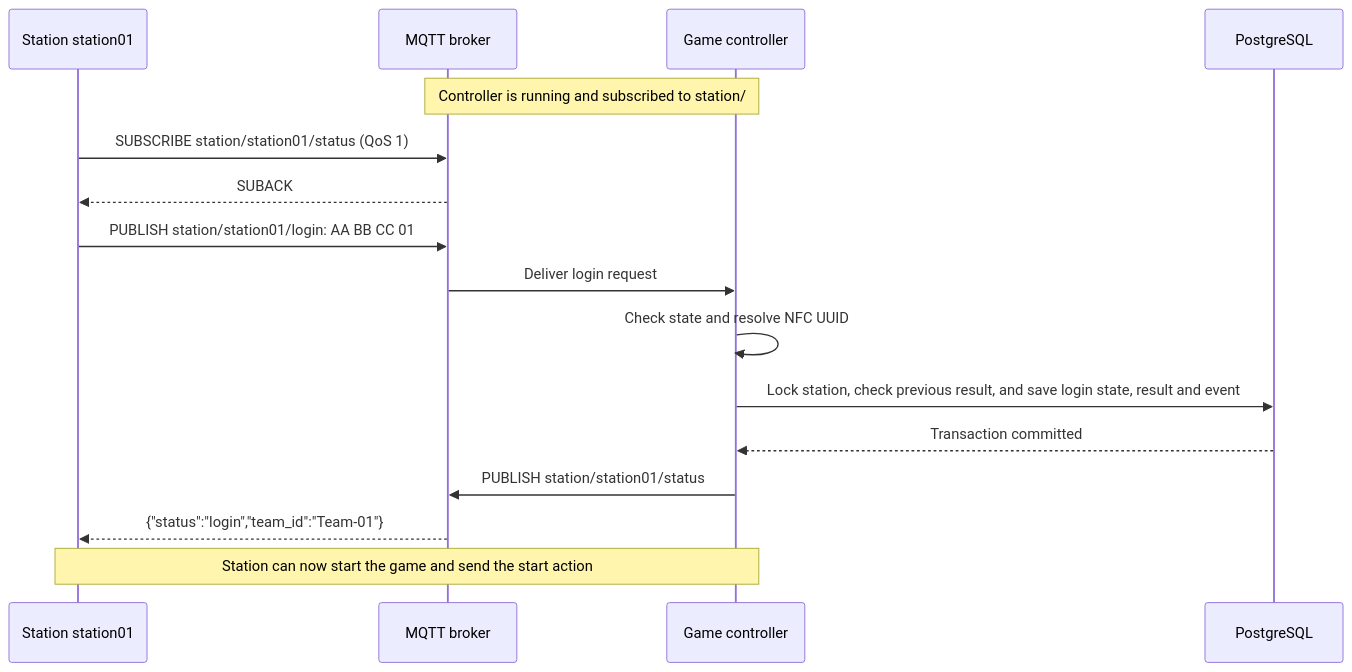
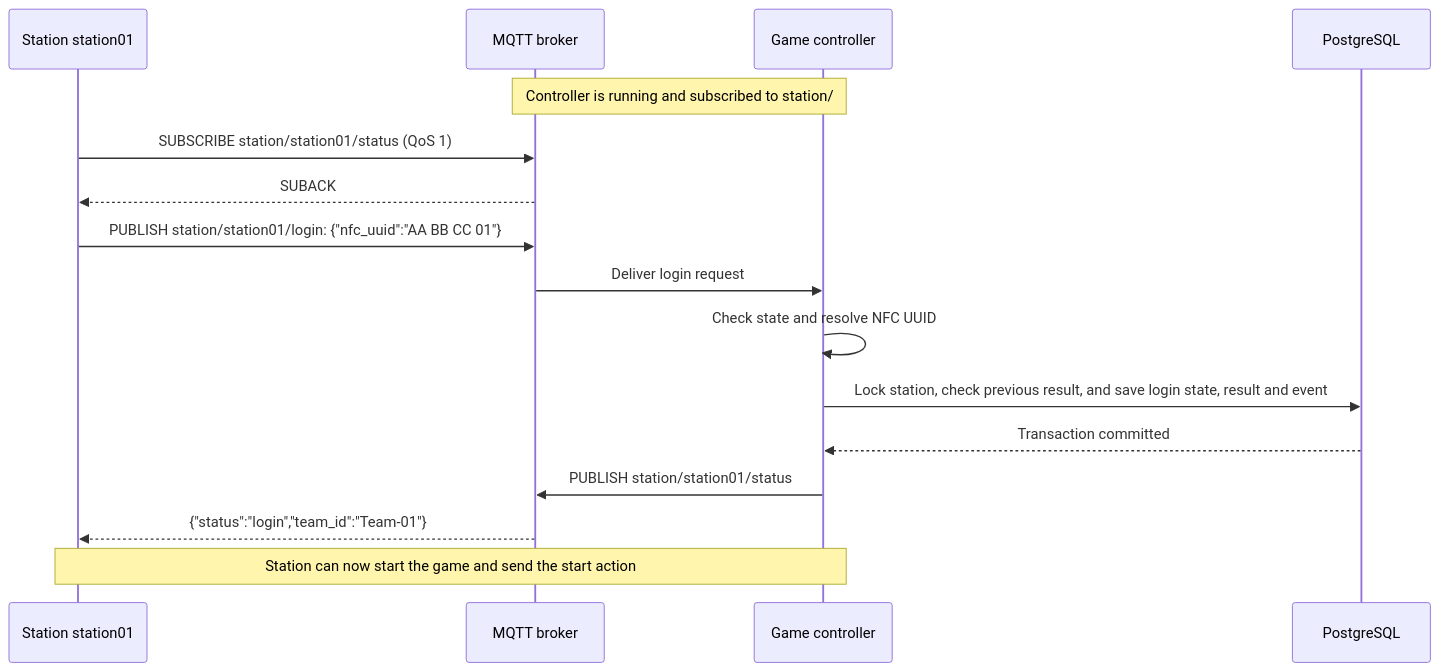
The third of 6 diagrams in README.md (GnomUltras/backend), drawn with Mermaid before and after one commit. The commit also changed other lines of this file and 3 other files, not shown here.

````diff
--- a/README.md
+++ b/README.md
@@ -261,19 +284,19 @@
 ```mermaid
 sequenceDiagram
     participant S as Station station01
     participant B as MQTT broker
     participant C as Game controller
     participant D as PostgreSQL
 
     Note over B,C: Controller is running and subscribed to station/#
     S->>B: SUBSCRIBE station/station01/status (QoS 1)
     B-->>S: SUBACK
-    S->>B: PUBLISH station/station01/login: AA BB CC 01
+    S->>B: PUBLISH station/station01/login: {"nfc_uuid":"AA BB CC 01"}
     B->>C: Deliver login request
     C->>C: Check state and resolve NFC UUID
     C->>D: Lock station, check previous result, and save login state, result and event
     D-->>C: Transaction committed
     C->>B: PUBLISH station/station01/status
     B-->>S: {"status":"login","team_id":"Team-01"}
     Note over S,C: Station can now start the game and send the start action
 ```
````
